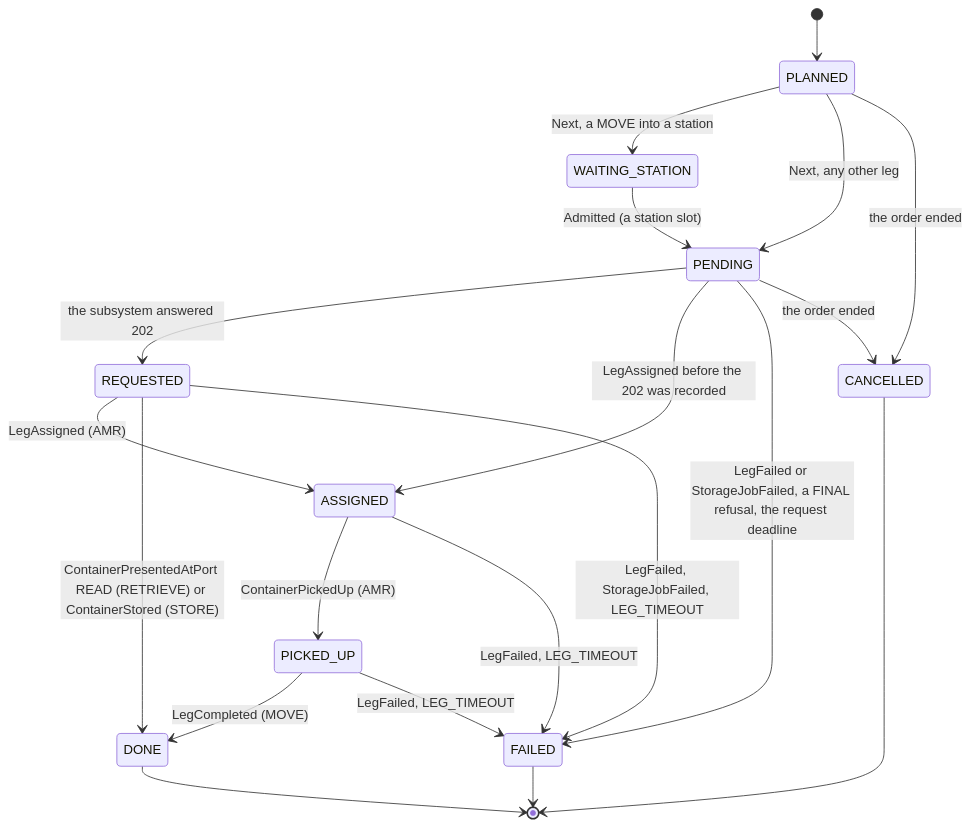
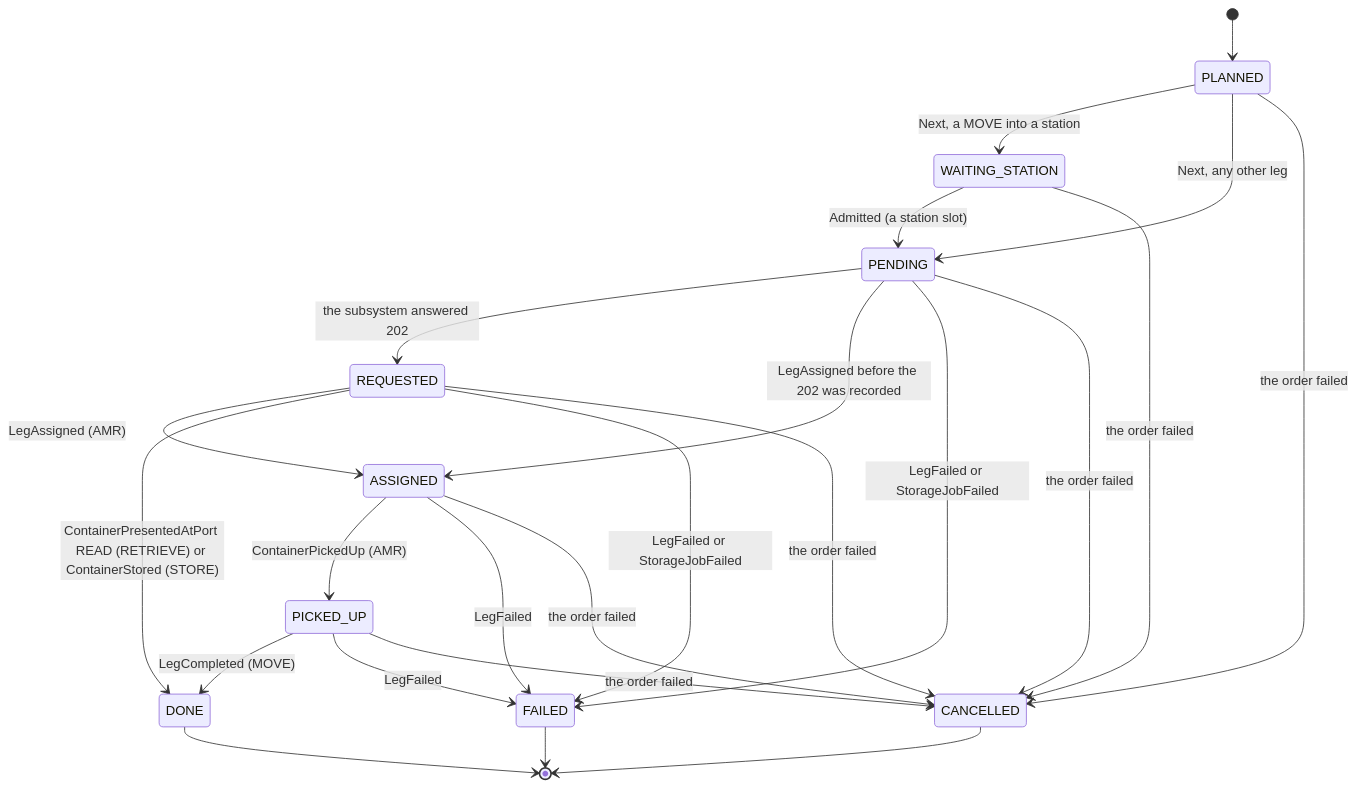
Before and after one commit to IQVO/material-flow-control: the second of 2 diagrams in docs/docs/domain/transport-lifecycle.md, drawn with Mermaid. The commit also changed other lines of this file and 4 other files, not shown here.

````diff
--- a/docs/docs/domain/transport-lifecycle.md
+++ b/docs/docs/domain/transport-lifecycle.md
@@ -29,22 +29,26 @@
 ```mermaid
 stateDiagram-v2
   [*] --> PLANNED
   PLANNED --> WAITING_STATION: Next, a MOVE into a station
   PLANNED --> PENDING: Next, any other leg
   WAITING_STATION --> PENDING: Admitted (a station slot)
   PENDING --> REQUESTED: the subsystem answered 202
   PENDING --> ASSIGNED: LegAssigned before the 202 was recorded
   REQUESTED --> ASSIGNED: LegAssigned (AMR)
   ASSIGNED --> PICKED_UP: ContainerPickedUp (AMR)
   PICKED_UP --> DONE: LegCompleted (MOVE)
   REQUESTED --> DONE: ContainerPresentedAtPort READ (RETRIEVE) or ContainerStored (STORE)
-  PENDING --> FAILED: LegFailed or StorageJobFailed, a FINAL refusal, the request deadline
-  REQUESTED --> FAILED: LegFailed, StorageJobFailed, LEG_TIMEOUT
-  ASSIGNED --> FAILED: LegFailed, LEG_TIMEOUT
-  PICKED_UP --> FAILED: LegFailed, LEG_TIMEOUT
-  PLANNED --> CANCELLED: the order ended
-  PENDING --> CANCELLED: the order ended
+  PENDING --> FAILED: LegFailed or StorageJobFailed
+  REQUESTED --> FAILED: LegFailed or StorageJobFailed
+  ASSIGNED --> FAILED: LegFailed
+  PICKED_UP --> FAILED: LegFailed
+  PLANNED --> CANCELLED: the order failed
+  WAITING_STATION --> CANCELLED: the order failed
+  PENDING --> CANCELLED: the order failed
+  REQUESTED --> CANCELLED: the order failed
+  ASSIGNED --> CANCELLED: the order failed
+  PICKED_UP --> CANCELLED: the order failed
   DONE --> [*]
   FAILED --> [*]
   CANCELLED --> [*]
 ```
````
